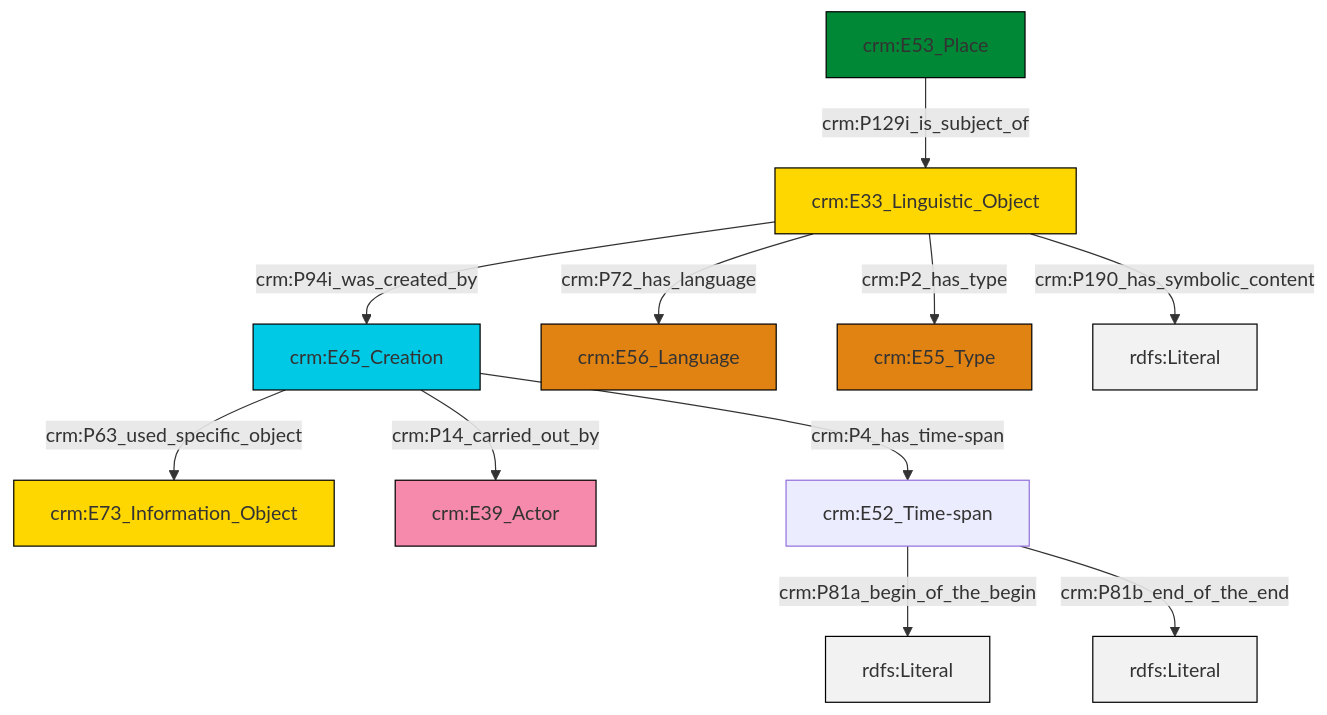
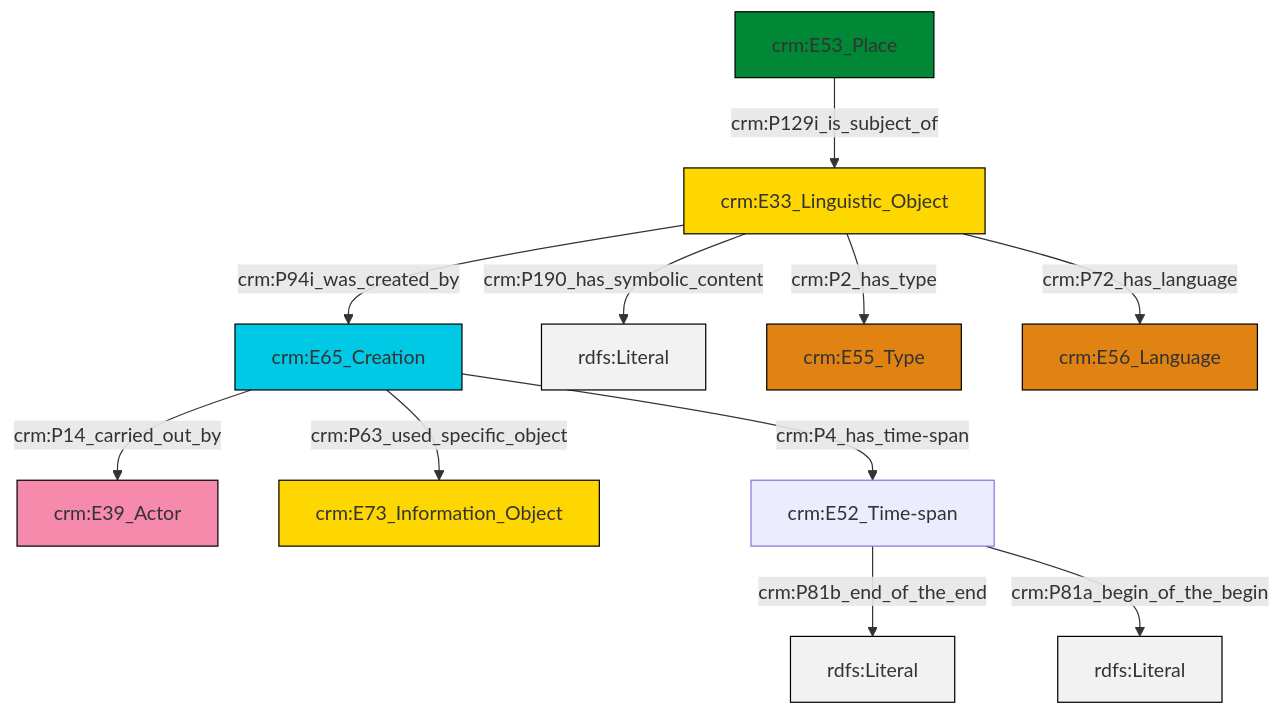
One commit to swiss-art-research-net/reference-data-models changed the diagram in et/placeCSV/ttl/mmd/place_description.ttl.mmd. Above: the diagram before and after it, drawn with Mermaid. The commit also changed 125 other files, not shown here.

```diff
--- a/et/placeCSV/ttl/mmd/place_description.ttl.mmd
+++ b/et/placeCSV/ttl/mmd/place_description.ttl.mmd
@@ -1,25 +1,25 @@
 graph TD
 classDef Literal fill:#f2f2f2,stroke:#000000;
 classDef CRM_Entity fill:#FFFFFF,stroke:#000000;
 classDef Temporal_Entity fill:#00C9E6, stroke:#000000;
 classDef Type fill:#E18312, stroke:#000000;
 classDef Time-Span fill:#2C9C91, stroke:#000000;
 classDef Appellation fill:#FFEB7F, stroke:#000000;
 classDef Place fill:#008836, stroke:#000000;
 classDef Persistent_Item fill:#B266B2, stroke:#000000;
 classDef Conceptual_Object fill:#FFD700, stroke:#000000;
 classDef Physical_Thing fill:#D2B48C, stroke:#000000;
 classDef Actor fill:#f58aad, stroke:#000000;
 classDef PC_Classes fill:#4ce600, stroke:#000000;
 classDef Multi fill:#cccccc,stroke:#000000;
 
-2["crm:E65_Creation"]:::Temporal_Entity -->|crm:P14_carried_out_by| 3["crm:E39_Actor"]:::Actor
-2["crm:E65_Creation"]:::Temporal_Entity -->|crm:P4_has_time-span| 8["crm:E52_Time-span"]:::Default
-9["crm:E33_Linguistic_Object"]:::Conceptual_Object -->|crm:P94i_was_created_by| 2["crm:E65_Creation"]:::Temporal_Entity
-12["crm:E53_Place"]:::Place -->|crm:P129i_is_subject_of| 9["crm:E33_Linguistic_Object"]:::Conceptual_Object
-8["crm:E52_Time-span"]:::Default -->|crm:P81a_begin_of_the_begin| 14[rdfs:Literal]:::Literal
-2["crm:E65_Creation"]:::Temporal_Entity -->|crm:P63_used_specific_object| 0["crm:E73_Information_Object"]:::Conceptual_Object
-8["crm:E52_Time-span"]:::Default -->|crm:P81b_end_of_the_end| 17[rdfs:Literal]:::Literal
-9["crm:E33_Linguistic_Object"]:::Conceptual_Object -->|crm:P190_has_symbolic_content| 18[rdfs:Literal]:::Literal
-9["crm:E33_Linguistic_Object"]:::Conceptual_Object -->|crm:P72_has_language| 4["crm:E56_Language"]:::Type
-9["crm:E33_Linguistic_Object"]:::Conceptual_Object -->|crm:P2_has_type| 6["crm:E55_Type"]:::Type
+0["crm:E65_Creation"]:::Temporal_Entity -->|crm:P14_carried_out_by| 1["crm:E39_Actor"]:::Actor
+2["crm:E33_Linguistic_Object"]:::Conceptual_Object -->|crm:P190_has_symbolic_content| 3[rdfs:Literal]:::Literal
+2["crm:E33_Linguistic_Object"]:::Conceptual_Object -->|crm:P72_has_language| 8["crm:E56_Language"]:::Type
+0["crm:E65_Creation"]:::Temporal_Entity -->|crm:P4_has_time-span| 9["crm:E52_Time-span"]:::Default
+9["crm:E52_Time-span"]:::Default -->|crm:P81b_end_of_the_end| 14[rdfs:Literal]:::Literal
+9["crm:E52_Time-span"]:::Default -->|crm:P81a_begin_of_the_begin| 18[rdfs:Literal]:::Literal
+2["crm:E33_Linguistic_Object"]:::Conceptual_Object -->|crm:P2_has_type| 6["crm:E55_Type"]:::Type
+15["crm:E53_Place"]:::Place -->|crm:P129i_is_subject_of| 2["crm:E33_Linguistic_Object"]:::Conceptual_Object
+2["crm:E33_Linguistic_Object"]:::Conceptual_Object -->|crm:P94i_was_created_by| 0["crm:E65_Creation"]:::Temporal_Entity
+0["crm:E65_Creation"]:::Temporal_Entity -->|crm:P63_used_specific_object| 4["crm:E73_Information_Object"]:::Conceptual_Object
```
